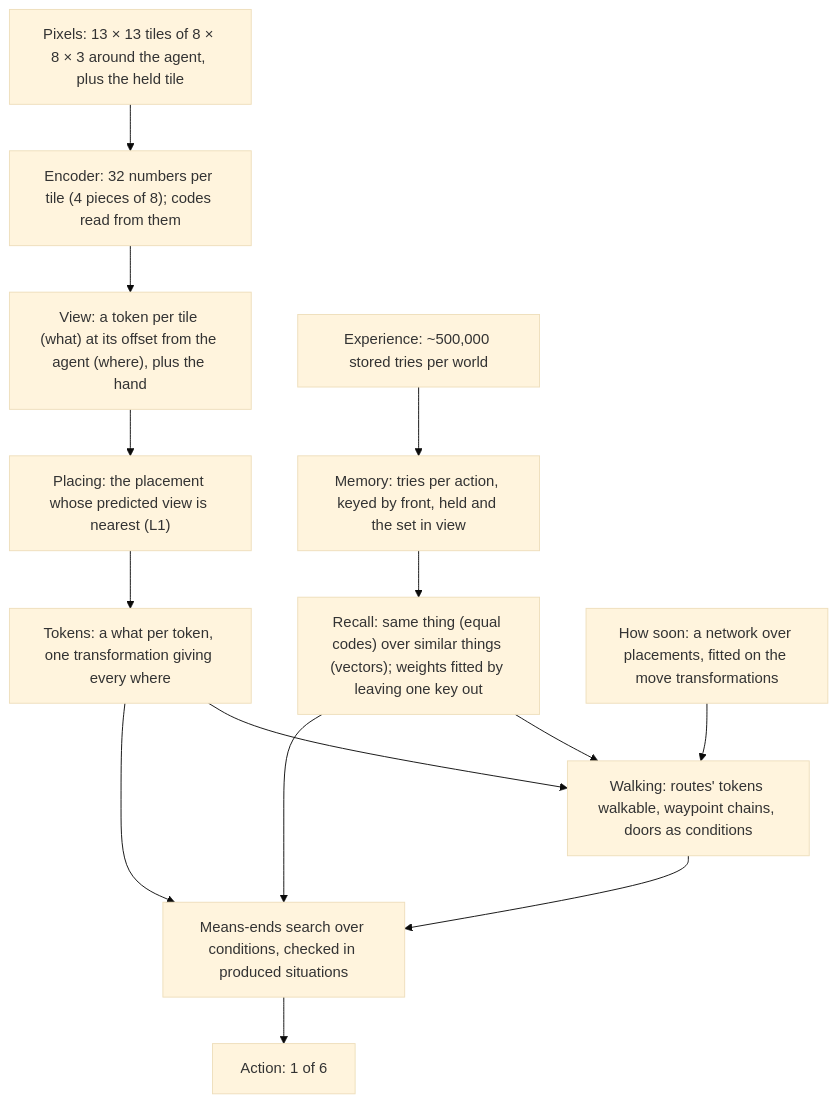
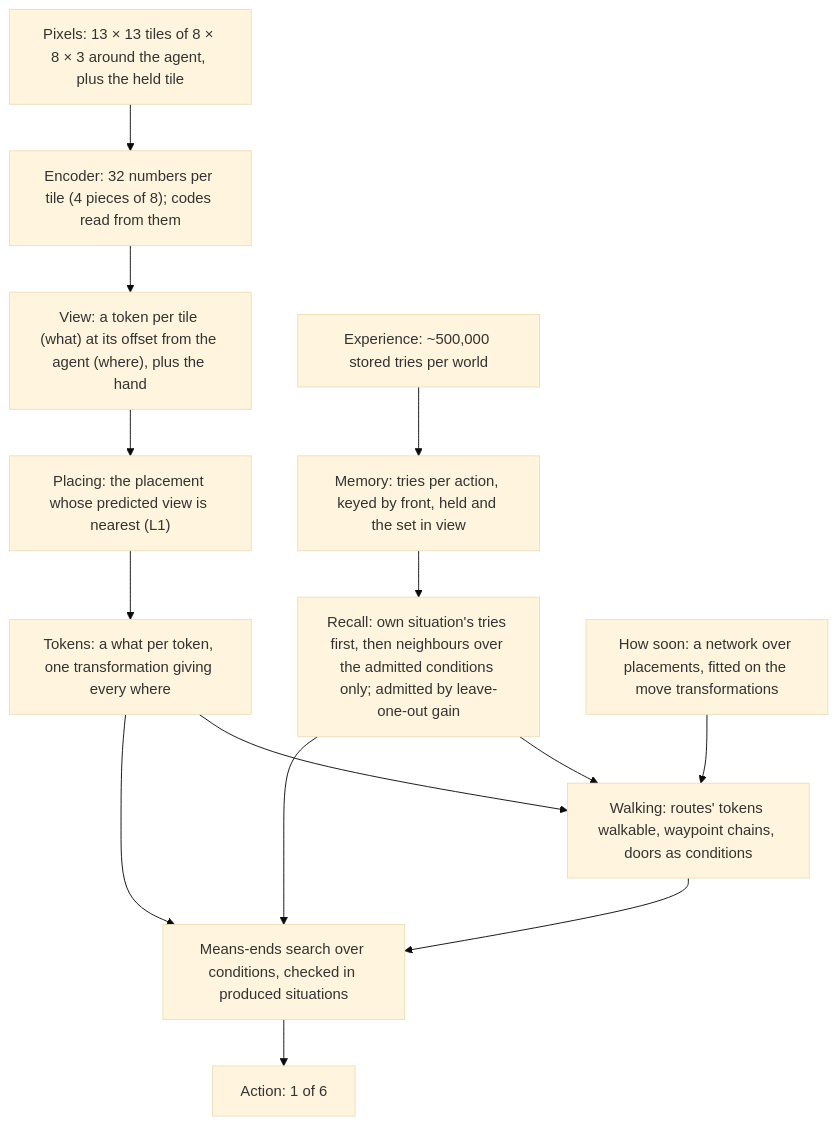
The diagram in ARCHITECTURE.md (alfredricker/world-model), drawn with Mermaid (base theme) before and after one commit. The commit also changed other lines of this file and 8 other files, not shown here.

First line of the commit message:
Renumber cards 050-052; keep card 050 as architecture version 9

````diff
--- a/ARCHITECTURE.md
+++ b/ARCHITECTURE.md
@@ -105,16 +129,16 @@
 ```mermaid
 flowchart TD
     P["Pixels: 13 × 13 tiles of 8 × 8 × 3 around the agent, plus the held tile"] --> E["Encoder: 32 numbers per tile (4 pieces of 8); codes read from them"]
     E --> V["View: a token per tile (what) at its offset from the agent (where), plus the hand"]
     X["Experience: ~500,000 stored tries per world"] --> M["Memory: tries per action, keyed by front, held and the set in view"]
-    M --> R["Recall: same thing (equal codes) over similar things (vectors); weights fitted by leaving one key out"]
+    M --> R["Recall: own situation's tries first, then neighbours over the admitted conditions only; admitted by leave-one-out gain"]
     V --> O["Placing: the placement whose predicted view is nearest (L1)"]
     O --> FA["Tokens: a what per token, one transformation giving every where"]
     FA --> S["Means-ends search over conditions, checked in produced situations"]
     R --> S
     Q["How soon: a network over placements, fitted on the move transformations"] --> WK["Walking: routes' tokens walkable, waypoint chains, doors as conditions"]
     FA --> WK
     R --> WK
     WK --> S
     S --> A["Action: 1 of 6"]
 ```
````
